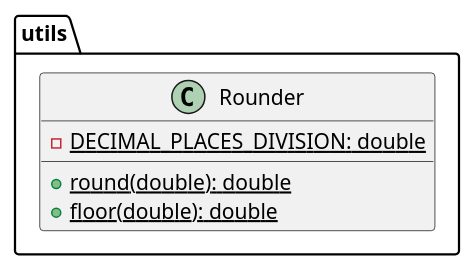
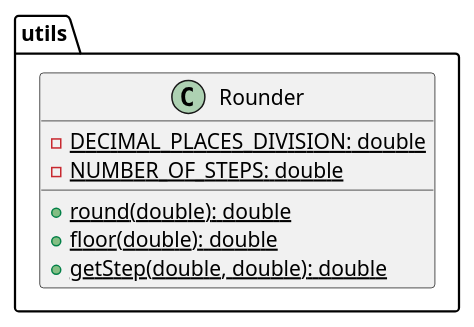
The sixth of 6 diagrams in task2/README.md (kambed/Computer-Recognition-Systems), drawn with PlantUML before and after one commit. The commit also changed other lines of this file, not shown here.

````diff
--- a/task2/README.md
+++ b/task2/README.md
@@ -178,9 +178,11 @@
 ```plantuml
 package utils {
     class Rounder {
         - {static} DECIMAL_PLACES_DIVISION: double
+        - {static} NUMBER_OF_STEPS: double
         + {static} round(double): double
         + {static} floor(double): double
+        + {static} getStep(double, double): double
     }
 }
 ```
````
